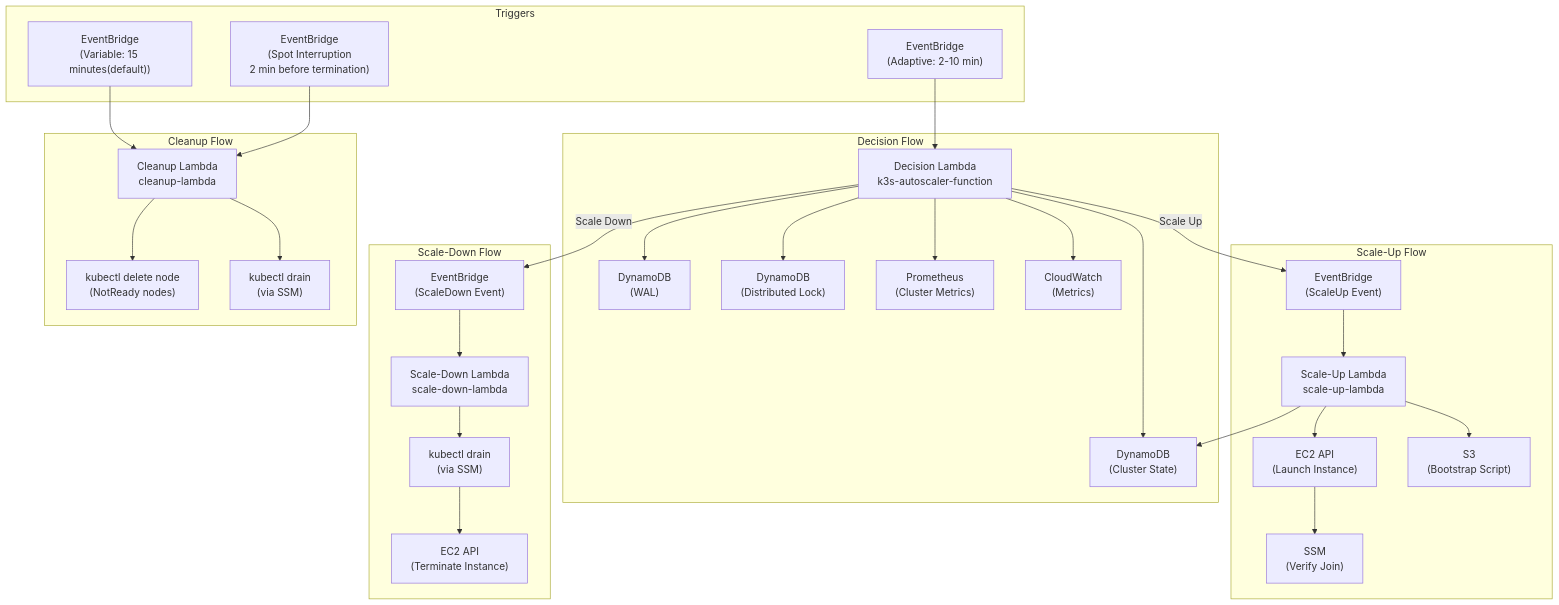
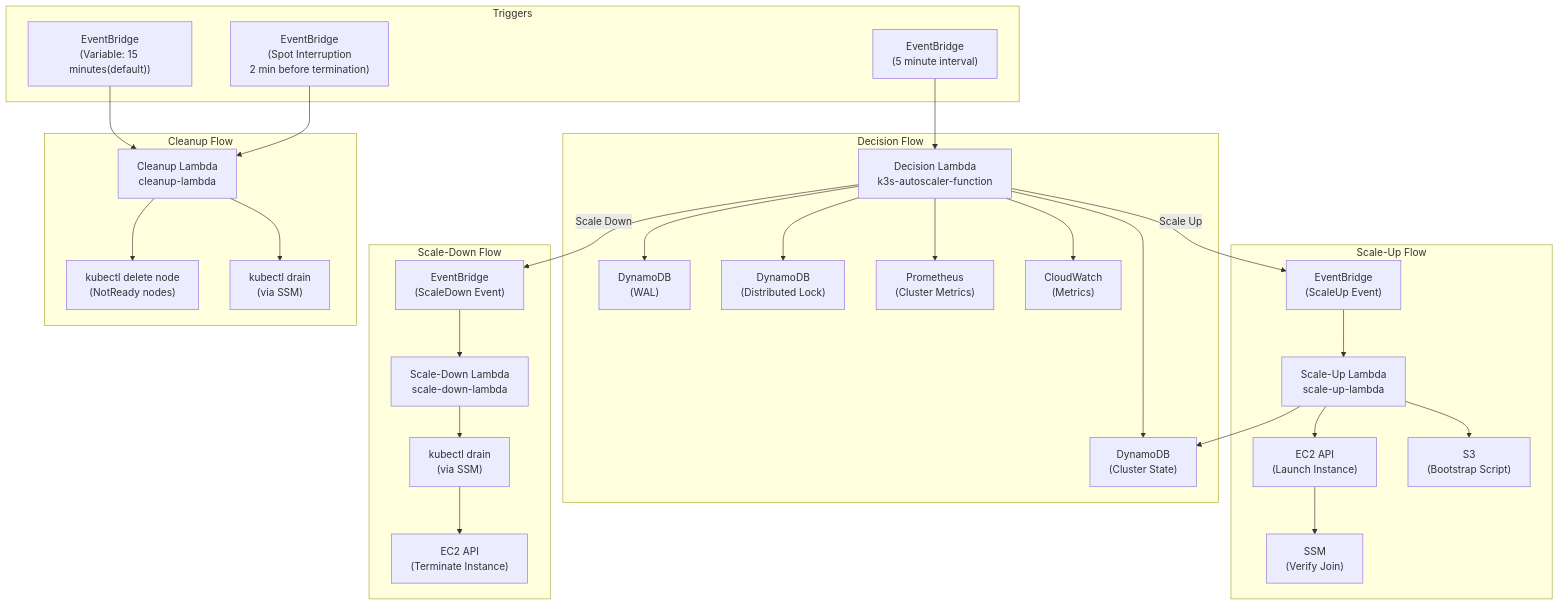
Before and after one commit to kaziiriad/elastikube: the third of 4 diagrams in README.md, drawn with Mermaid. The commit also changed other lines of this file and 4 other files, not shown here.

````diff
--- a/README.md
+++ b/README.md
@@ -193,73 +193,73 @@
 ```mermaid
 flowchart TD
     subgraph "Triggers"
-        EB1["EventBridge<br/>(Adaptive: 2-10 min)"]
+        EB1["EventBridge<br/>(5 minute interval)"]
         EB2["EventBridge<br/>(Variable: 15 minutes(default))"]
         EBSpot["EventBridge<br/>(Spot Interruption<br/>2 min before termination)"]
     end
 
     subgraph "Decision Flow"
         Decision["Decision Lambda<br/>k3s-autoscaler-function"]
         State1["DynamoDB<br/>(Cluster State)"]
         WAL["DynamoDB<br/>(WAL)"]
         Lock["DynamoDB<br/>(Distributed Lock)"]
         Prom["Prometheus<br/>(Cluster Metrics)"]
         CW["CloudWatch<br/>(Metrics)"]
     end
 
     subgraph "Scale-Up Flow"
         EBSU["EventBridge<br/>(ScaleUp Event)"]
         ScaleUp["Scale-Up Lambda<br/>scale-up-lambda"]
         EC2Up["EC2 API<br/>(Launch Instance)"]
         SSM1["SSM<br/>(Verify Join)"]
         S3["S3<br/>(Bootstrap Script)"]
     end
 
     subgraph "Scale-Down Flow"
         EBSD["EventBridge<br/>(ScaleDown Event)"]
         ScaleDown["Scale-Down Lambda<br/>scale-down-lambda"]
         Drain["kubectl drain<br/>(via SSM)"]
         EC2Down["EC2 API<br/>(Terminate Instance)"]
     end
 
     subgraph "Cleanup Flow"
         Cleanup["Cleanup Lambda<br/>cleanup-lambda"]
         K8sClean["kubectl delete node<br/>(NotReady nodes)"]
         SpotDrain["kubectl drain<br/>(via SSM)"]
     end
 
     %% Decision Lambda Flow
     EB1 --> Decision
     Decision --> State1
     Decision --> WAL
     Decision --> Lock
     Decision --> Prom
     Decision --> CW
     Decision -->|"Scale Up"| EBSU
     Decision -->|"Scale Down"| EBSD
 
     %% Scale-Up Flow
     EBSU --> ScaleUp
     ScaleUp --> S3
     ScaleUp --> State1
     ScaleUp --> EC2Up
     EC2Up --> SSM1
 
     %% Scale-Down Flow
     EBSD --> ScaleDown
     ScaleDown --> Drain
     Drain --> EC2Down
 
     %% Cleanup Flow
     EB2 --> Cleanup
     EBSpot --> Cleanup
     Cleanup --> K8sClean
     Cleanup --> SpotDrain
 
     %% Styling
 
     class EB1,EBSU,EBSD,EB2,EBSpot trigger
     class Decision,ScaleUp,ScaleDown,Cleanup lambda
     class EC2Up,EC2Down,SSM1,Drain,S3,CW,K8sClean,SpotDrain aws
     class State1,WAL,Lock db
 ```
````
